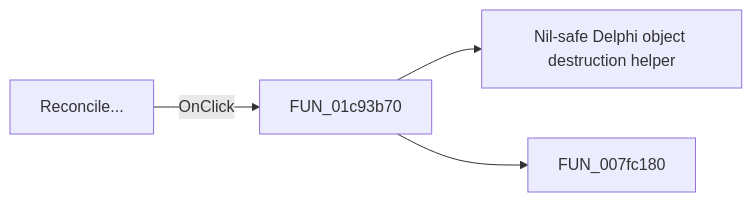
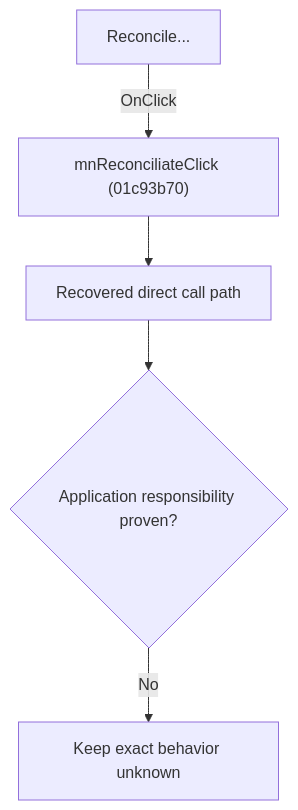
One commit to MovGP0/TIARA changed the diagram in docs/ui-controls/schematiceditor/mnreconciliate-045ac781bf.md. Above: the diagram before and after it, drawn with Mermaid. The commit also changed other lines of this file and 1062 other files, not shown here.

````diff
--- a/docs/ui-controls/schematiceditor/mnreconciliate-045ac781bf.md
+++ b/docs/ui-controls/schematiceditor/mnreconciliate-045ac781bf.md
@@ -27,6 +27,7 @@
 ```mermaid
-flowchart LR
-    control["Reconcile..."] -->|OnClick| handler["FUN_01c93b70"]
-    handler --> call1["Nil-safe Delphi object destruction helper"]
-    handler --> call2["FUN_007fc180"]
+flowchart TD
+    control["Reconcile..."] -->|"OnClick"| handler["mnReconciliateClick (01c93b70)"]
+    handler --> recovered["Recovered direct call path"]
+    recovered --> gap{"Application responsibility proven?"}
+    gap -->|"No"| blocked["Keep exact behavior unknown"]
 ```
````
